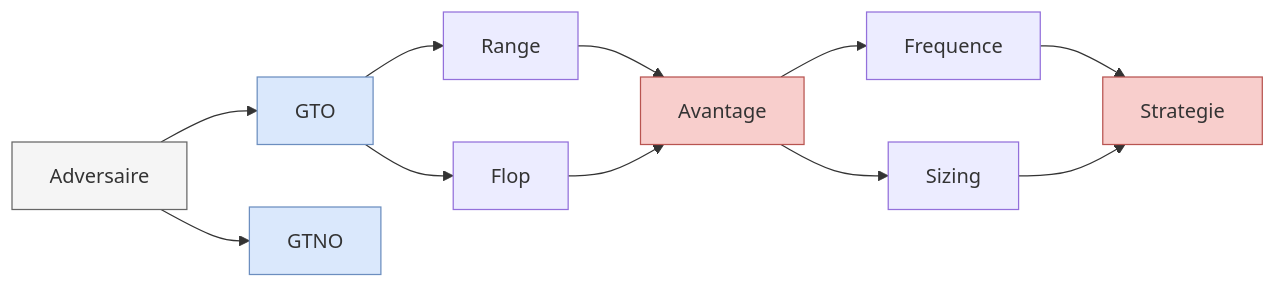
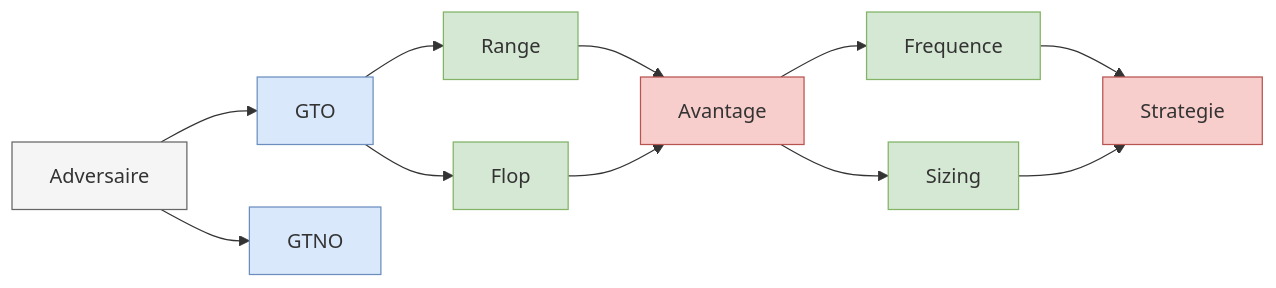
The first of 2 diagrams in _posts/2020-01-01-test.md (greglejeune/blog), drawn with Mermaid before and after one commit.

```diff
--- a/_posts/2020-01-01-test.md
+++ b/_posts/2020-01-01-test.md
@@ -16,18 +16,22 @@
     <div class="mermaid">
         graph LR
             Adversaire --> GTO
             Adversaire --> GTNO
             GTO --> Range
             GTO --> Flop
             Range --> Avantage
             Flop --> Avantage
             Avantage --> Frequence
             Avantage --> Sizing
             Frequence --> Strategie
             Sizing --> Strategie
             style Adversaire fill:#f5f5f5,stroke:#666666,stroke-width:1px,font:#dae8fc
             style GTO fill:#dae8fc,stroke:#6c8ebf,stroke-width:1px
             style GTNO fill:#dae8fc,stroke:#6c8ebf,stroke-width:1px
+            style Range fill:#d5e8d4,stroke:#82b366,stroke-width:1px
+            style Flop fill:#d5e8d4,stroke:#82b366,stroke-width:1px
             style Avantage fill:#f8cecc,stroke:#b85450,stroke-width:1px
+            style Frequence fill:#d5e8d4,stroke:#82b366,stroke-width:1px
+            style Sizing fill:#d5e8d4,stroke:#82b366,stroke-width:1px
             style Strategie fill:#f8cecc,stroke:#b85450,stroke-width:1px
     </div>
```
